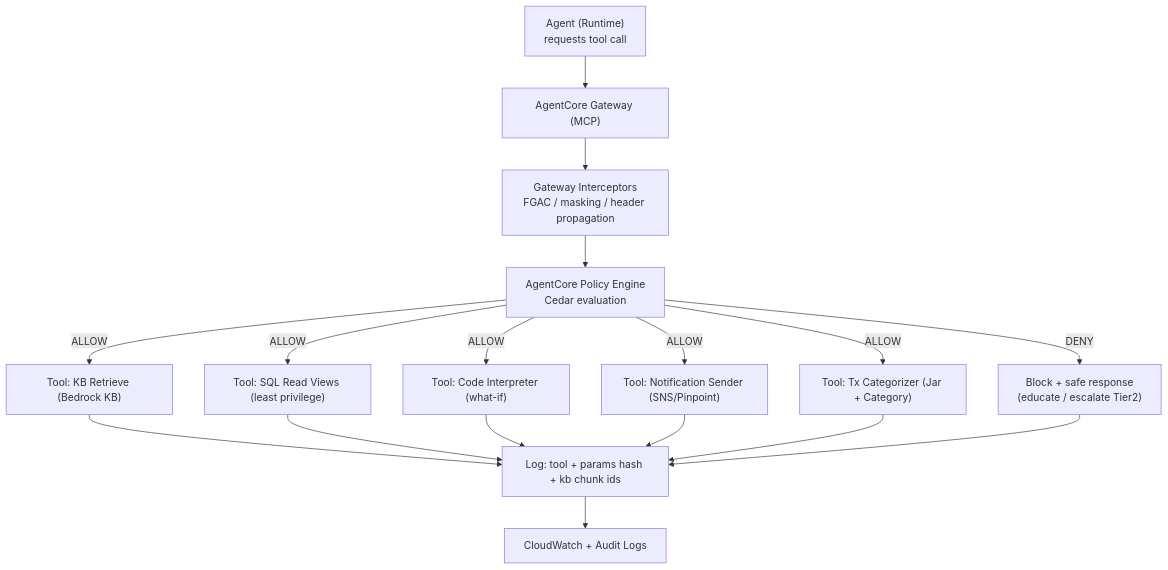
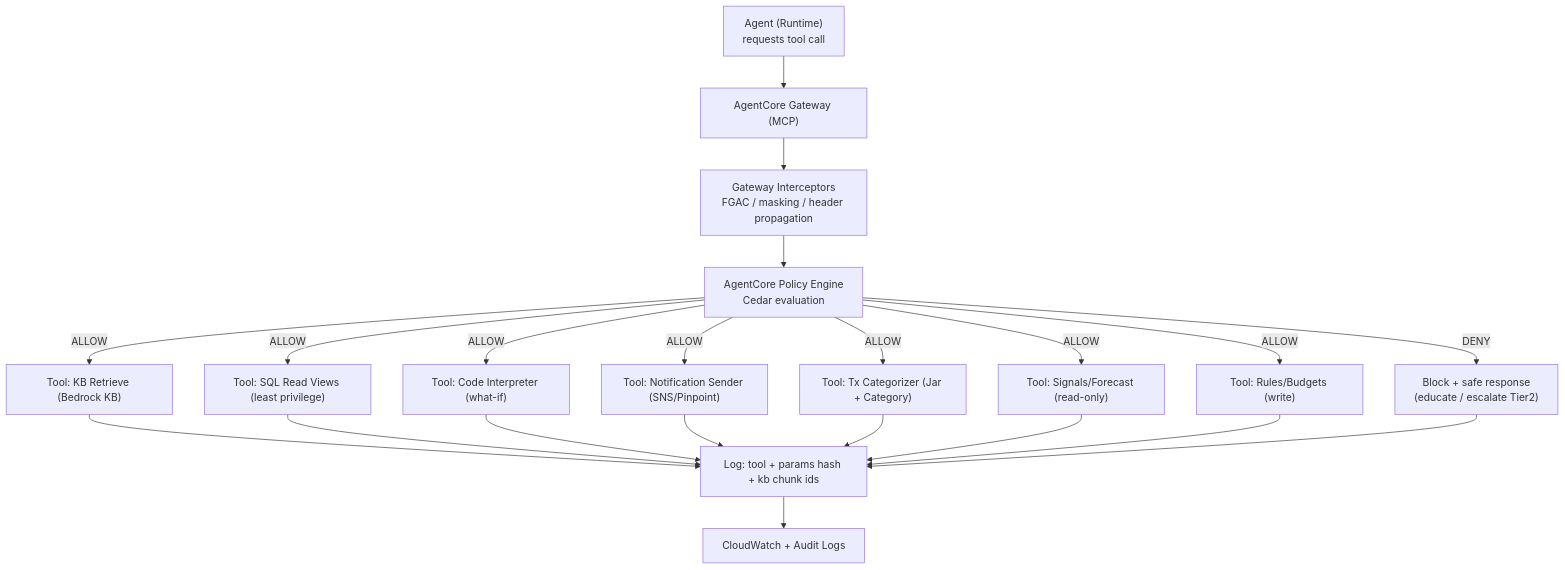
One commit to thphuc06/swin_hackathon changed the eighth of 9 diagrams in PROJECT_STACK.md. Above: the diagram before and after it, drawn with Mermaid. The commit also changed other lines of this file and 2 other files, not shown here.

Commit message:
update documentary of tech_stack + Agent flow

````diff
--- a/PROJECT_STACK.md
+++ b/PROJECT_STACK.md
@@ -378,22 +558,26 @@
 ```mermaid
 flowchart TD
   A["Agent (Runtime)<br/>requests tool call"] --> GW["AgentCore Gateway (MCP)"]
   GW --> INT["Gateway Interceptors<br/>FGAC / masking / header propagation"]
   INT --> P["AgentCore Policy Engine<br/>Cedar evaluation"]
 
   P -->|ALLOW| T0["Tool: KB Retrieve (Bedrock KB)"]
   P -->|ALLOW| T1["Tool: SQL Read Views (least privilege)"]
   P -->|ALLOW| T2["Tool: Code Interpreter (what-if)"]
   P -->|ALLOW| T3["Tool: Notification Sender (SNS/Pinpoint)"]
   P -->|ALLOW| T4["Tool: Tx Categorizer (Jar + Category)"]
+  P -->|ALLOW| T5["Tool: Signals/Forecast (read-only)"]
+  P -->|ALLOW| T6["Tool: Rules/Budgets (write)"]
 
   P -->|DENY| D["Block + safe response<br/>(educate / escalate Tier2)"]
 
   T0 --> L["Log: tool + params hash + kb chunk ids"]
   T1 --> L
   T2 --> L
   T3 --> L
   T4 --> L
+  T5 --> L
+  T6 --> L
   D --> L
   L --> CW["CloudWatch + Audit Logs"]
 ```
````
